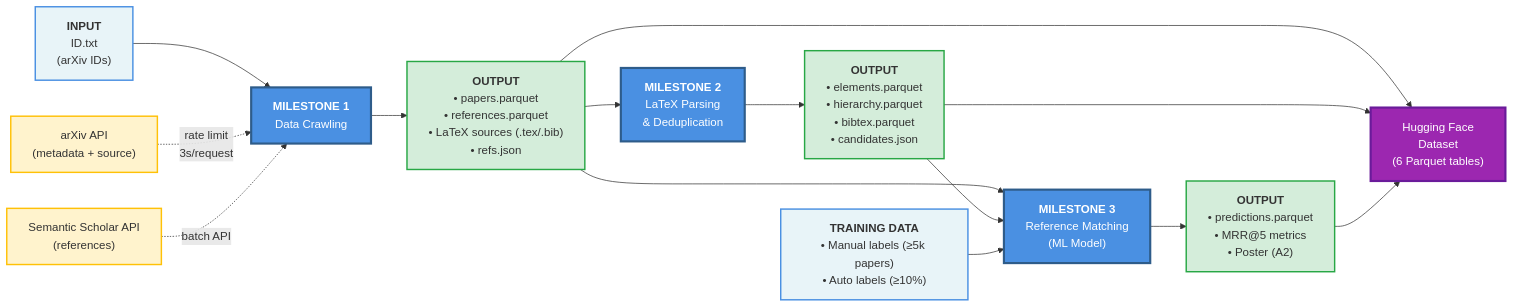
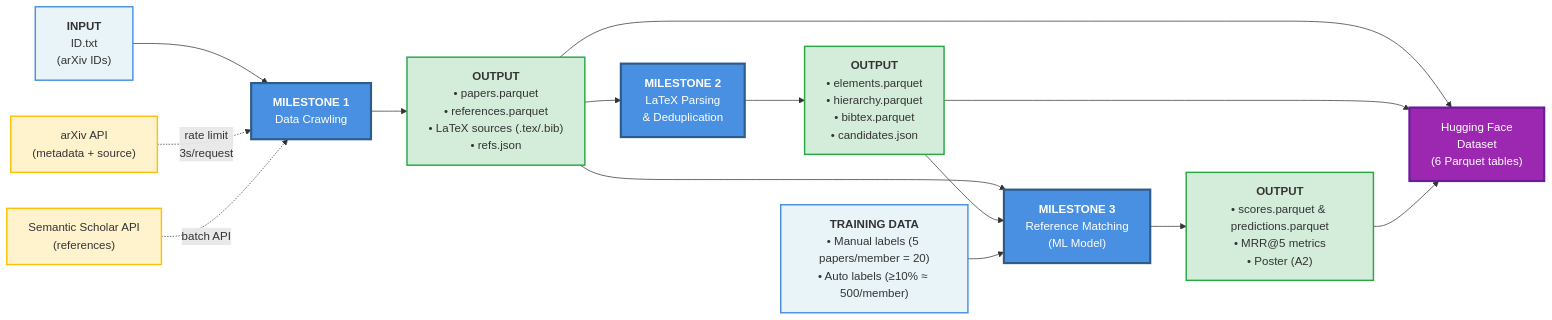
One commit to Harryyy603002/arxiv-project changed the first of 4 diagrams in docs/ARCHITECTURE.md. Above: the diagram before and after it, drawn with Mermaid. The commit also changed other lines of this file and 3 other files, not shown here.

````diff
--- a/docs/ARCHITECTURE.md
+++ b/docs/ARCHITECTURE.md
@@ -7,54 +7,54 @@
 ```mermaid
 flowchart LR
     %% External Sources
     ArxivAPI["arXiv API<br/>(metadata + source)"]
     S2API["Semantic Scholar API<br/>(references)"]
     
     %% Milestone 1
     M1["<b>MILESTONE 1</b><br/>Data Crawling"]
     M1_Input["<b>INPUT</b><br/>ID.txt<br/>(arXiv IDs)"]
     M1_Output["<b>OUTPUT</b><br/>• papers.parquet<br/>• references.parquet<br/>• LaTeX sources (.tex/.bib)<br/>• refs.json"]
     
     %% Milestone 2
     M2["<b>MILESTONE 2</b><br/>LaTeX Parsing<br/>& Deduplication"]
     M2_Output["<b>OUTPUT</b><br/>• elements.parquet<br/>• hierarchy.parquet<br/>• bibtex.parquet<br/>• candidates.json"]
     
     %% Milestone 3
     M3["<b>MILESTONE 3</b><br/>Reference Matching<br/>(ML Model)"]
-    M3_Training["<b>TRAINING DATA</b><br/>• Manual labels (≥5k papers)<br/>• Auto labels (≥10%)"]
-    M3_Output["<b>OUTPUT</b><br/>• predictions.parquet<br/>• MRR@5 metrics<br/>• Poster (A2)"]
+    M3_Training["<b>TRAINING DATA</b><br/>• Manual labels (5 papers/member = 20)<br/>• Auto labels (≥10% ≈ 500/member)"]
+    M3_Output["<b>OUTPUT</b><br/>• scores.parquet & predictions.parquet<br/>• MRR@5 metrics<br/>• Poster (A2)"]
     
     %% Final Output
     HF["Hugging Face<br/>Dataset<br/>(6 Parquet tables)"]
     
     %% Flow connections
     M1_Input --> M1
     ArxivAPI -.->|rate limit<br/>3s/request| M1
     S2API -.->|batch API| M1
     M1 --> M1_Output
     
     M1_Output --> M2
     M2 --> M2_Output
     
     M1_Output --> M3
     M2_Output --> M3
     M3_Training --> M3
     M3 --> M3_Output
     
     M1_Output --> HF
     M2_Output --> HF
     M3_Output --> HF
     
     %% Styling
     classDef milestone fill:#4A90E2,stroke:#2E5C8A,stroke-width:3px,color:#fff
     classDef input fill:#E8F4F8,stroke:#4A90E2,stroke-width:2px
     classDef output fill:#D4EDDA,stroke:#28A745,stroke-width:2px
     classDef api fill:#FFF3CD,stroke:#FFC107,stroke-width:2px
     classDef final fill:#9C27B0,stroke:#6A1B9A,stroke-width:3px,color:#fff
     
     class M1,M2,M3 milestone
     class M1_Input,M3_Training input
     class M1_Output,M2_Output,M3_Output output
     class ArxivAPI,S2API api
     class HF final
 ```
````
